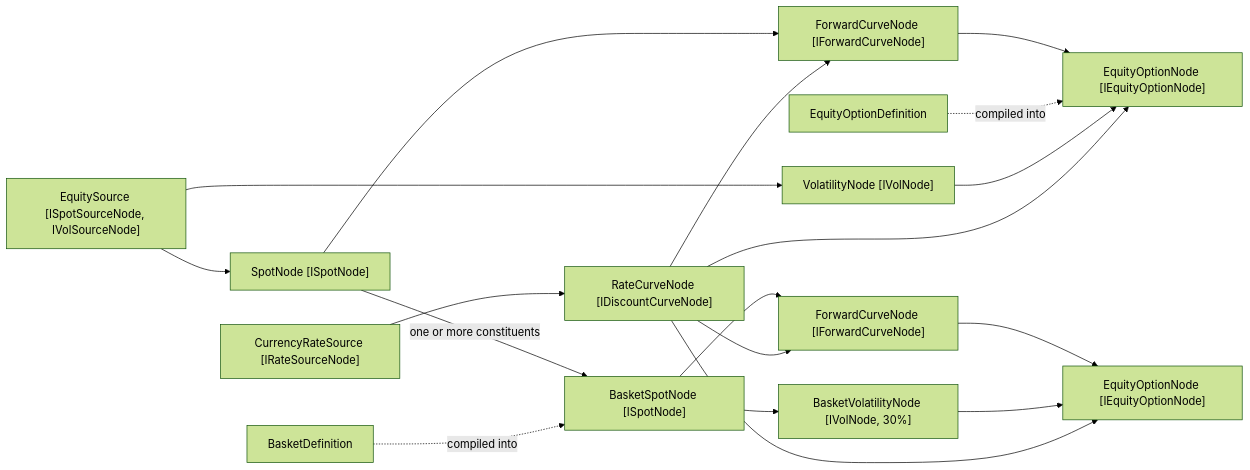
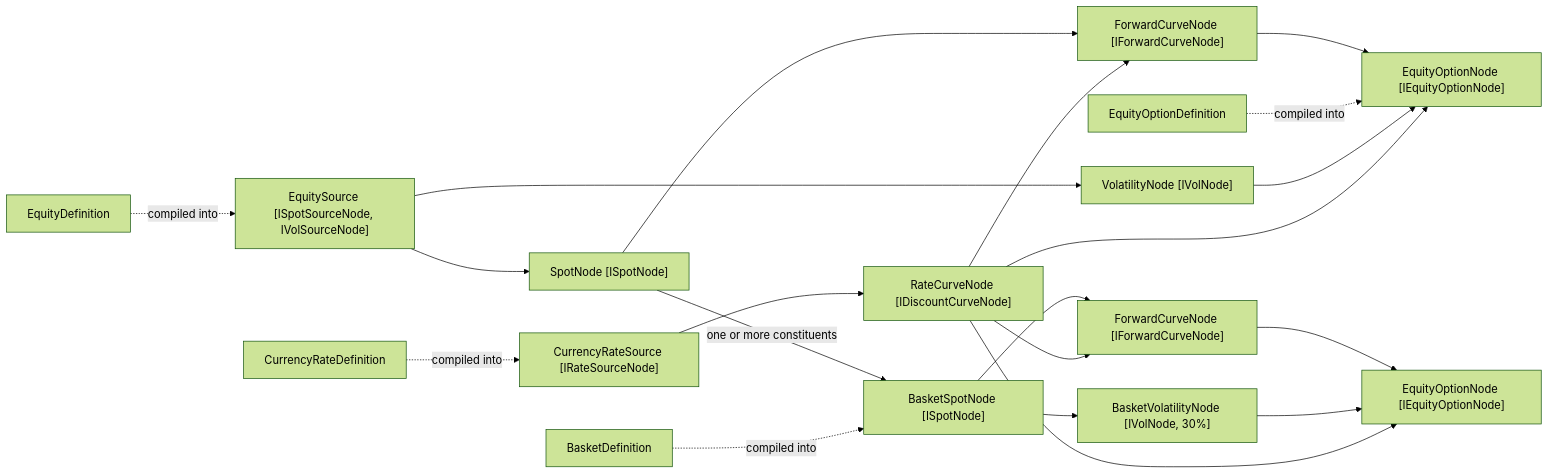
Before and after one commit to losterbr/EventGraph: the diagram in README.md, drawn with Mermaid (forest theme). The commit also changed other lines of this file and 26 other files, not shown here.

Commit message:
Unify graph definition naming and add definition tests

````diff
--- a/README.md
+++ b/README.md
@@ -15,27 +15,33 @@
 ```mermaid
 flowchart LR
+	equityDefinition["EquityDefinition"]
+	rateDefinition["CurrencyRateDefinition"]
+	basketDefinition["BasketDefinition"]
+	optionDefinition["EquityOptionDefinition"]
+
 	equity["EquitySource [ISpotSourceNode, IVolSourceNode]"]
 	rate["CurrencyRateSource [IRateSourceNode]"]
-	basketDefinition["BasketDefinition"]
-	optionDefinition["EquityOptionDefinition"]
+
+	equityDefinition -.->|compiled into| equity
+	rateDefinition -.->|compiled into| rate
 
 	equity --> spot["SpotNode [ISpotNode]"]
 	equity --> volatility["VolatilityNode [IVolNode]"]
 	rate --> discount["RateCurveNode [IDiscountCurveNode]"]
 
 	spot --> forward["ForwardCurveNode [IForwardCurveNode]"]
 	discount --> forward
 	forward --> option["EquityOptionNode [IEquityOptionNode]"]
 	optionDefinition -.->|compiled into| option
 	volatility --> option
 	discount --> option
 
 	spot -->|one or more constituents| basket["BasketSpotNode [ISpotNode]"]
 	basketDefinition -.->|compiled into| basket
 	basket --> basketForward["ForwardCurveNode [IForwardCurveNode]"]
 	discount --> basketForward
 	basketForward --> basketOption["EquityOptionNode [IEquityOptionNode]"]
 	basket --> basketVolatility["BasketVolatilityNode [IVolNode, 30%]"]
 	basketVolatility --> basketOption
 	discount --> basketOption
 ```
````
